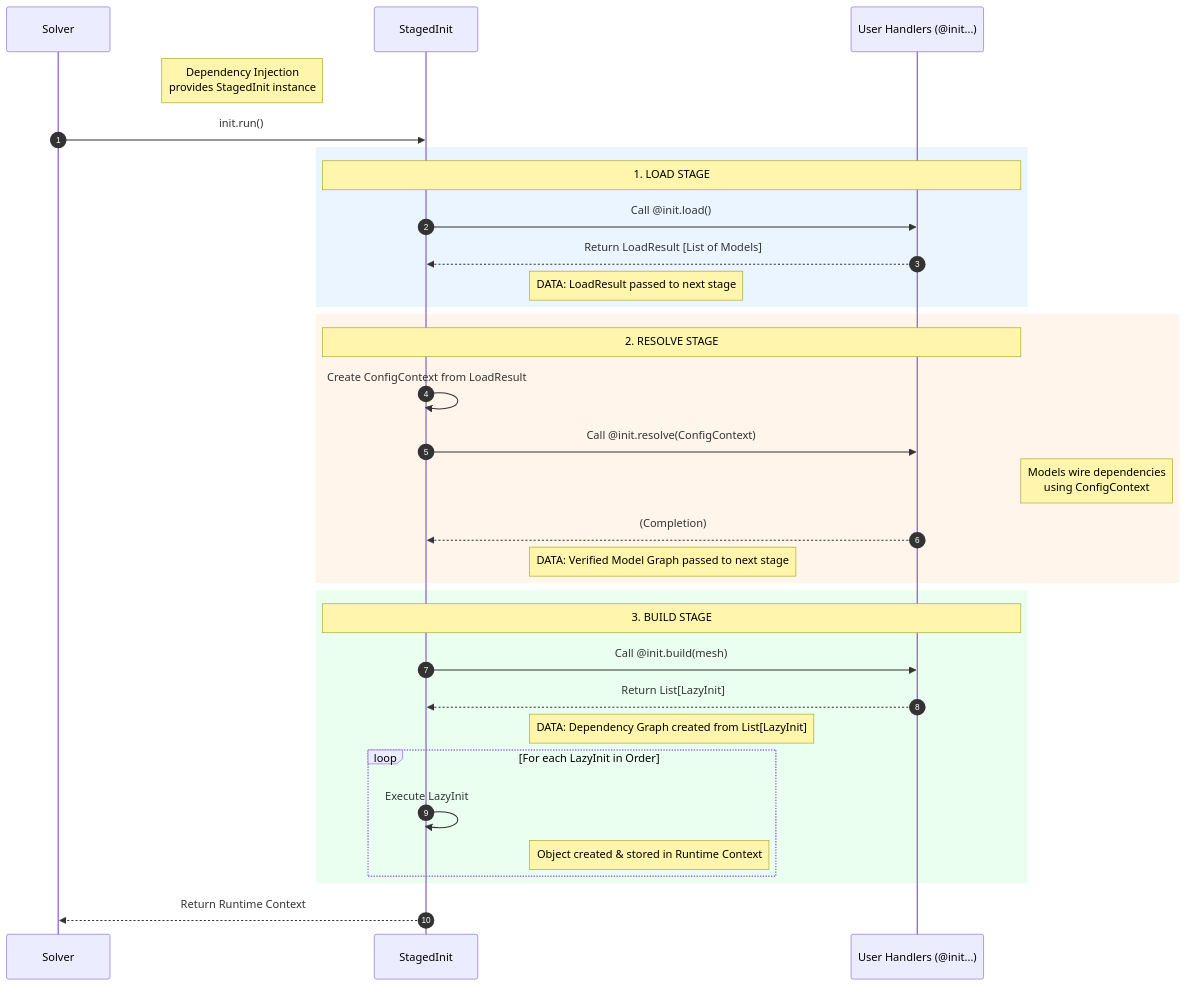
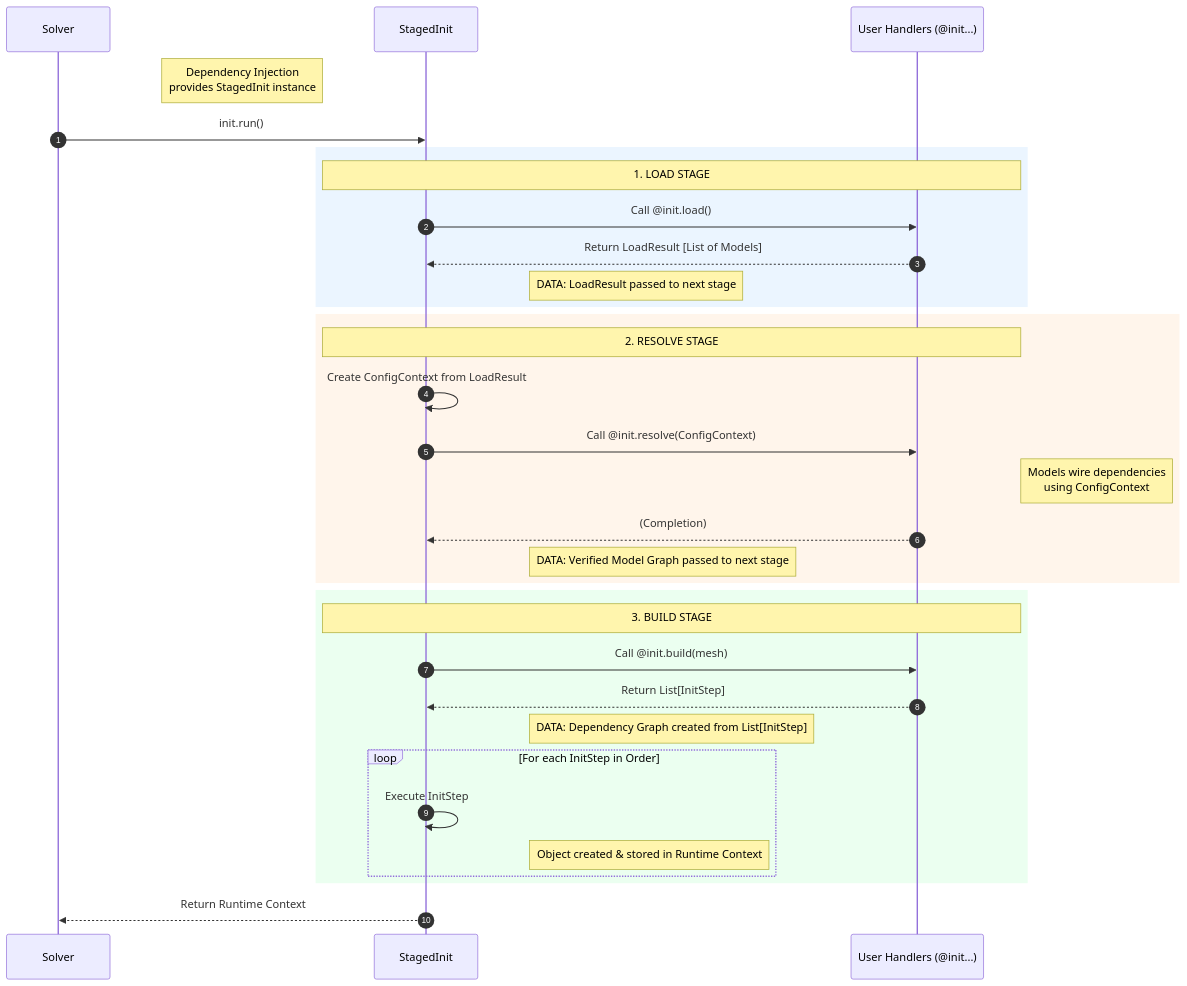
One commit to exasim-project/NeoFOAM changed the diagram in doc/development/initialization.rst. Above: the diagram before and after it, drawn with Mermaid. The commit also changed other lines of this file and 11 other files, not shown here.

Commit message:
rename LazyInit to InitStep

```diff
--- a/doc/development/initialization.rst
+++ b/doc/development/initialization.rst
@@ -11,41 +11,41 @@
 .. mermaid::
 
     %%{init: {'sequence': {'actorMargin': 300}}}%%
     sequenceDiagram
         autonumber
         participant Solver
         participant Manager as StagedInit
         participant UserCode as User Handlers (@init...)
 
         Note right of Solver: Dependency Injection<br/>provides StagedInit instance
         Solver->>Manager: init.run()
 
         rect rgb(235, 245, 255)
             Note over Manager, UserCode: 1. LOAD STAGE
             Manager->>UserCode: Call @init.load()
             UserCode-->>Manager: Return LoadResult [List of Models]
             Note right of Manager: DATA: LoadResult passed to next stage
         end
 
         rect rgb(255, 245, 235)
             Note over Manager, UserCode: 2. RESOLVE STAGE
             Manager->>Manager: Create ConfigContext from LoadResult
             Manager->>UserCode: Call @init.resolve(ConfigContext)
             Note right of UserCode: Models wire dependencies<br/>using ConfigContext
             UserCode-->>Manager: (Completion)
             Note right of Manager: DATA: Verified Model Graph passed to next stage
         end
 
         rect rgb(235, 255, 240)
             Note over Manager, UserCode: 3. BUILD STAGE
             Manager->>UserCode: Call @init.build(mesh)
-            UserCode-->>Manager: Return List[LazyInit]
-            Note right of Manager: DATA: Dependency Graph created from List[LazyInit]
+            UserCode-->>Manager: Return List[InitStep]
+            Note right of Manager: DATA: Dependency Graph created from List[InitStep]
 
-            loop For each LazyInit in Order
-                Manager->>Manager: Execute LazyInit
+            loop For each InitStep in Order
+                Manager->>Manager: Execute InitStep
                 Note right of Manager: Object created & stored in Runtime Context
             end
         end
 
         Manager-->>Solver: Return Runtime Context
```
